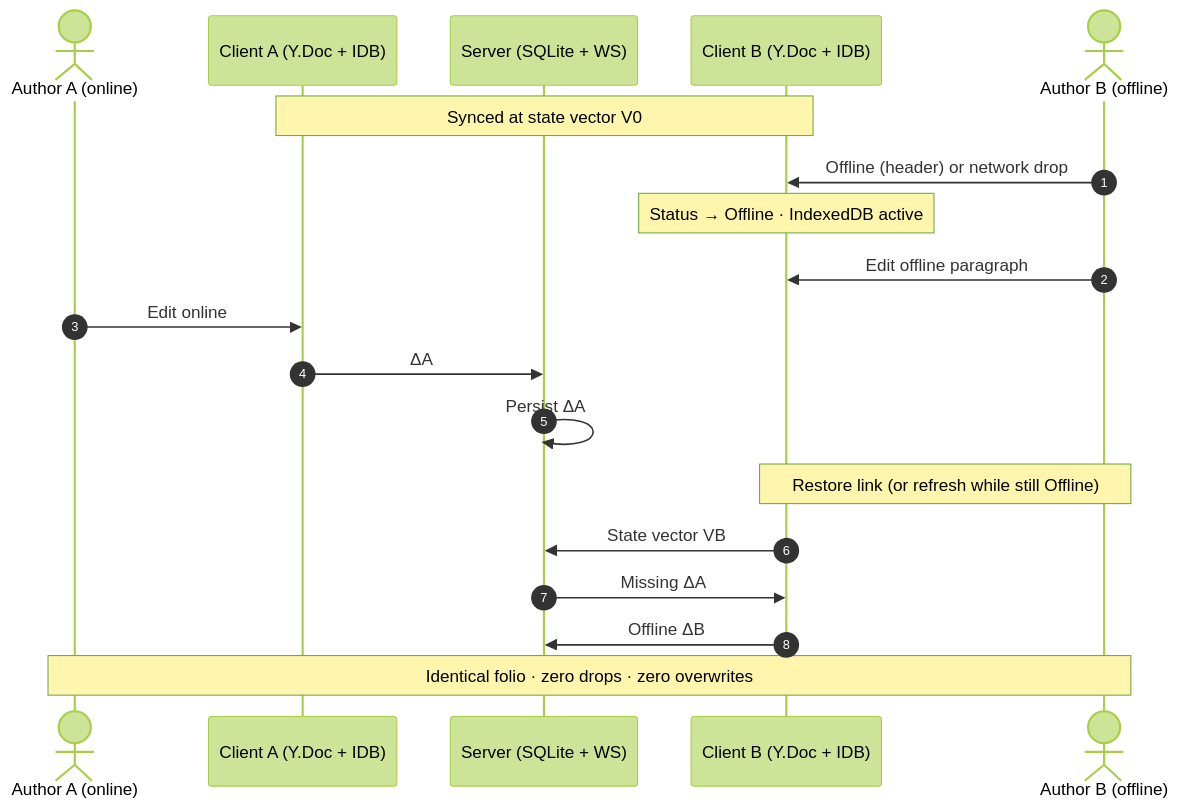
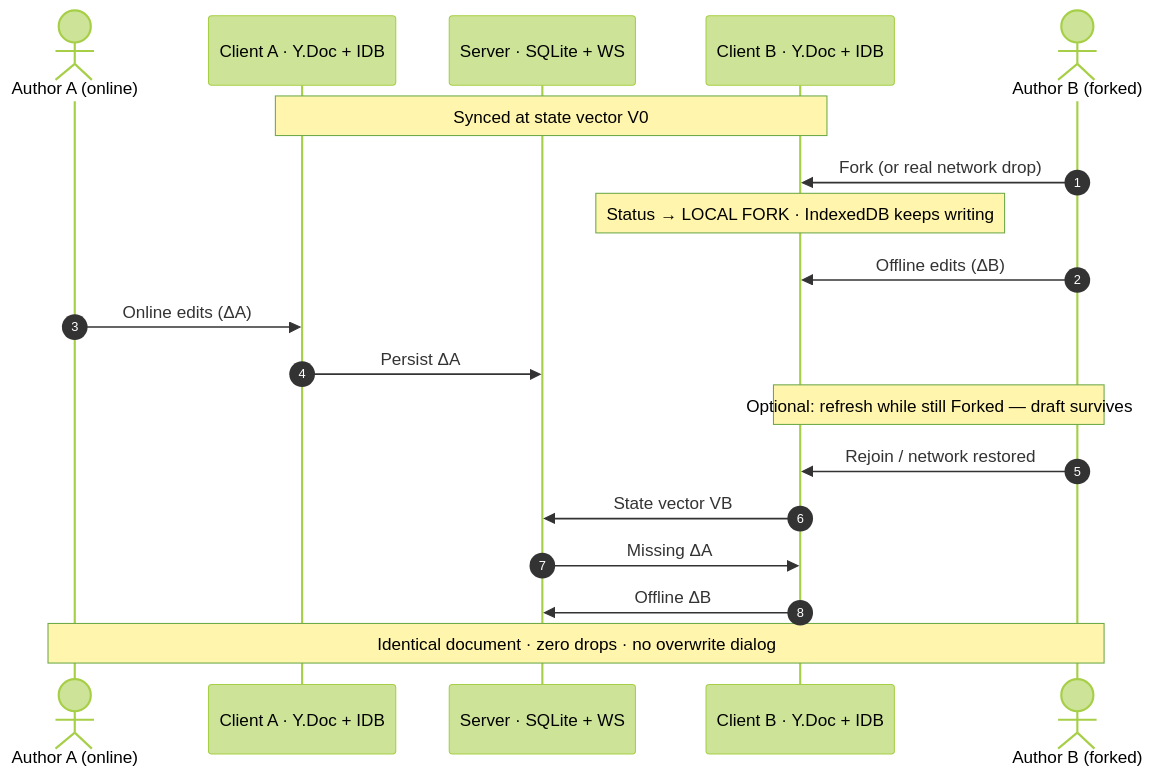
One commit to sevara-s/ProTrux-docs changed the second of 2 diagrams in README.md. Above: the diagram before and after it, drawn with Mermaid (forest theme). The commit also changed other lines of this file and 40 other files, not shown here.

````diff
--- a/README.md
+++ b/README.md
@@ -95,24 +148,24 @@
 ```mermaid
 sequenceDiagram
     autonumber
-    actor UserA as Author A (online)
-    participant ClientA as Client A (Y.Doc + IDB)
-    participant Server as Server (SQLite + WS)
-    participant ClientB as Client B (Y.Doc + IDB)
-    actor UserB as Author B (offline)
+    actor A as Author A (online)
+    participant CA as Client A · Y.Doc + IDB
+    participant S as Server · SQLite + WS
+    participant CB as Client B · Y.Doc + IDB
+    actor B as Author B (forked)
 
-    Note over ClientA,ClientB: Synced at state vector V0
+    Note over CA,CB: Synced at state vector V0
 
-    UserB->>ClientB: Offline (header) or network drop
-    Note over ClientB: Status → Offline · IndexedDB active
-    UserB->>ClientB: Edit offline paragraph
-    UserA->>ClientA: Edit online
-    ClientA->>Server: ΔA
-    Server->>Server: Persist ΔA
+    B->>CB: Fork (or real network drop)
+    Note over CB: Status → LOCAL FORK · IndexedDB keeps writing
+    B->>CB: Offline edits (ΔB)
+    A->>CA: Online edits (ΔA)
+    CA->>S: Persist ΔA
 
-    Note over UserB,ClientB: Restore link (or refresh while still Offline)
-    ClientB->>Server: State vector VB
-    Server->>ClientB: Missing ΔA
-    ClientB->>Server: Offline ΔB
-    Note over UserA,UserB: Identical folio · zero drops · zero overwrites
+    Note over B,CB: Optional: refresh while still Forked — draft survives
+    B->>CB: Rejoin / network restored
+    CB->>S: State vector VB
+    S->>CB: Missing ΔA
+    CB->>S: Offline ΔB
+    Note over A,B: Identical document · zero drops · no overwrite dialog
 ```
````
